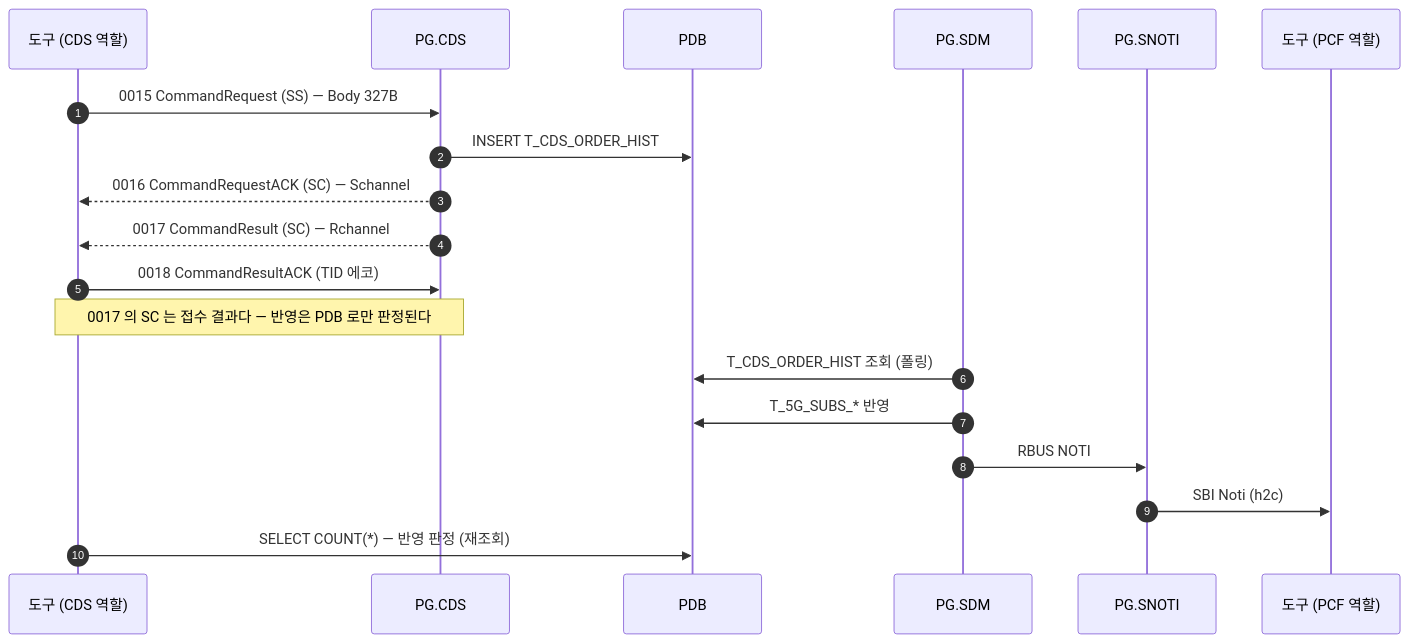
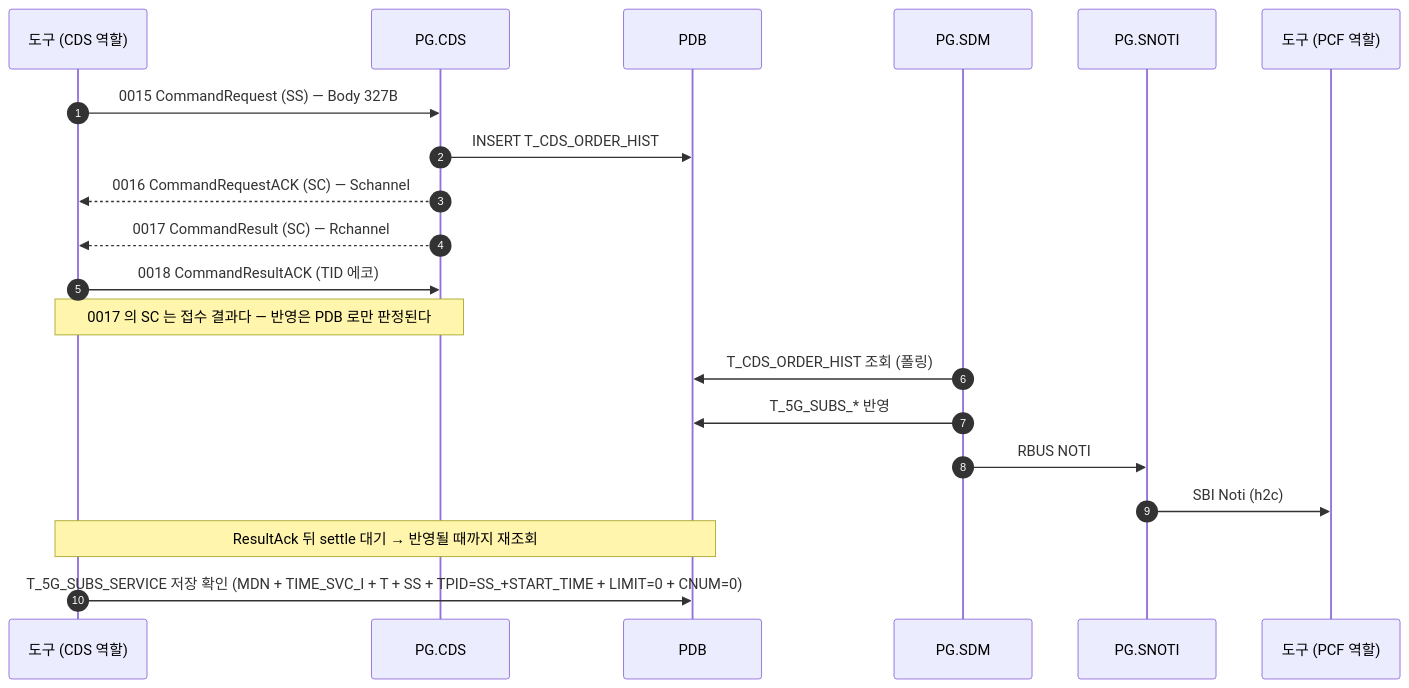
One commit to IanKim2030/tc4robot changed the diagram in docs/callflow/CDS_SS.md. Above: the diagram before and after it, drawn with Mermaid. The commit also changed 18 other files, not shown here.

First line of the commit message:
docs: 콜플로우의 PDB 판정을 코드별 실제 조회로 바꾼다

````diff
--- a/docs/callflow/CDS_SS.md
+++ b/docs/callflow/CDS_SS.md
@@ -17,23 +17,24 @@
 ```mermaid
 sequenceDiagram
     autonumber
     participant TOOL as 도구 (CDS 역할)
     participant PCDS as PG.CDS
     participant PDB as PDB
     participant SDM as PG.SDM
     participant SNOTI as PG.SNOTI
     participant PCF as 도구 (PCF 역할)
 
     TOOL->>PCDS: 0015 CommandRequest (SS) — Body 327B
     PCDS->>PDB: INSERT T_CDS_ORDER_HIST
     PCDS-->>TOOL: 0016 CommandRequestACK (SC) — Schannel
     PCDS-->>TOOL: 0017 CommandResult (SC) — Rchannel
     TOOL->>PCDS: 0018 CommandResultACK (TID 에코)
     Note over TOOL,PCDS: 0017 의 SC 는 접수 결과다 — 반영은 PDB 로만 판정된다
 
     SDM->>PDB: T_CDS_ORDER_HIST 조회 (폴링)
     SDM->>PDB: T_5G_SUBS_* 반영
     SDM->>SNOTI: RBUS NOTI
     SNOTI->>PCF: SBI Noti (h2c)
-    TOOL->>PDB: SELECT COUNT(*) — 반영 판정 (재조회)
+    Note over TOOL,PDB: ResultAck 뒤 settle 대기 → 반영될 때까지 재조회
+    TOOL->>PDB: T_5G_SUBS_SERVICE 저장 확인 (MDN + TIME_SVC_I + T + SS + TPID=SS_+START_TIME + LIMIT=0 + CNUM=0)
 ```
````
